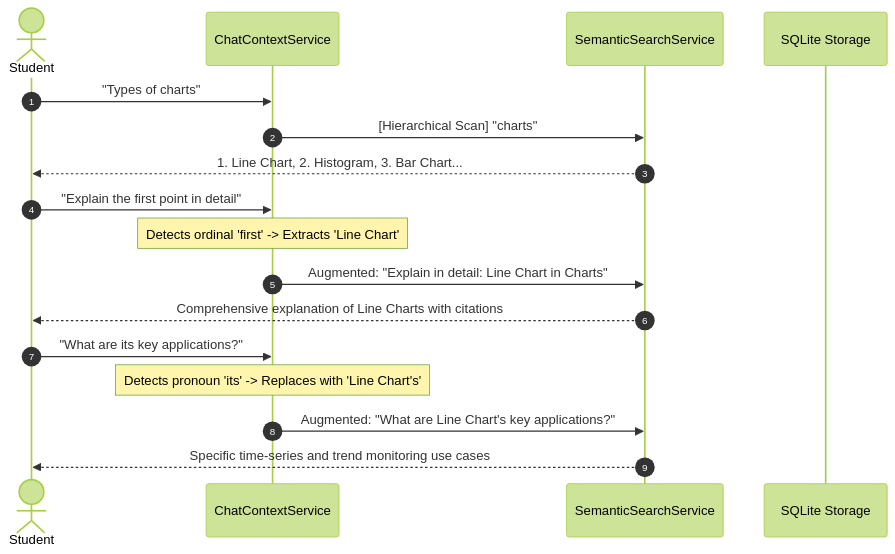
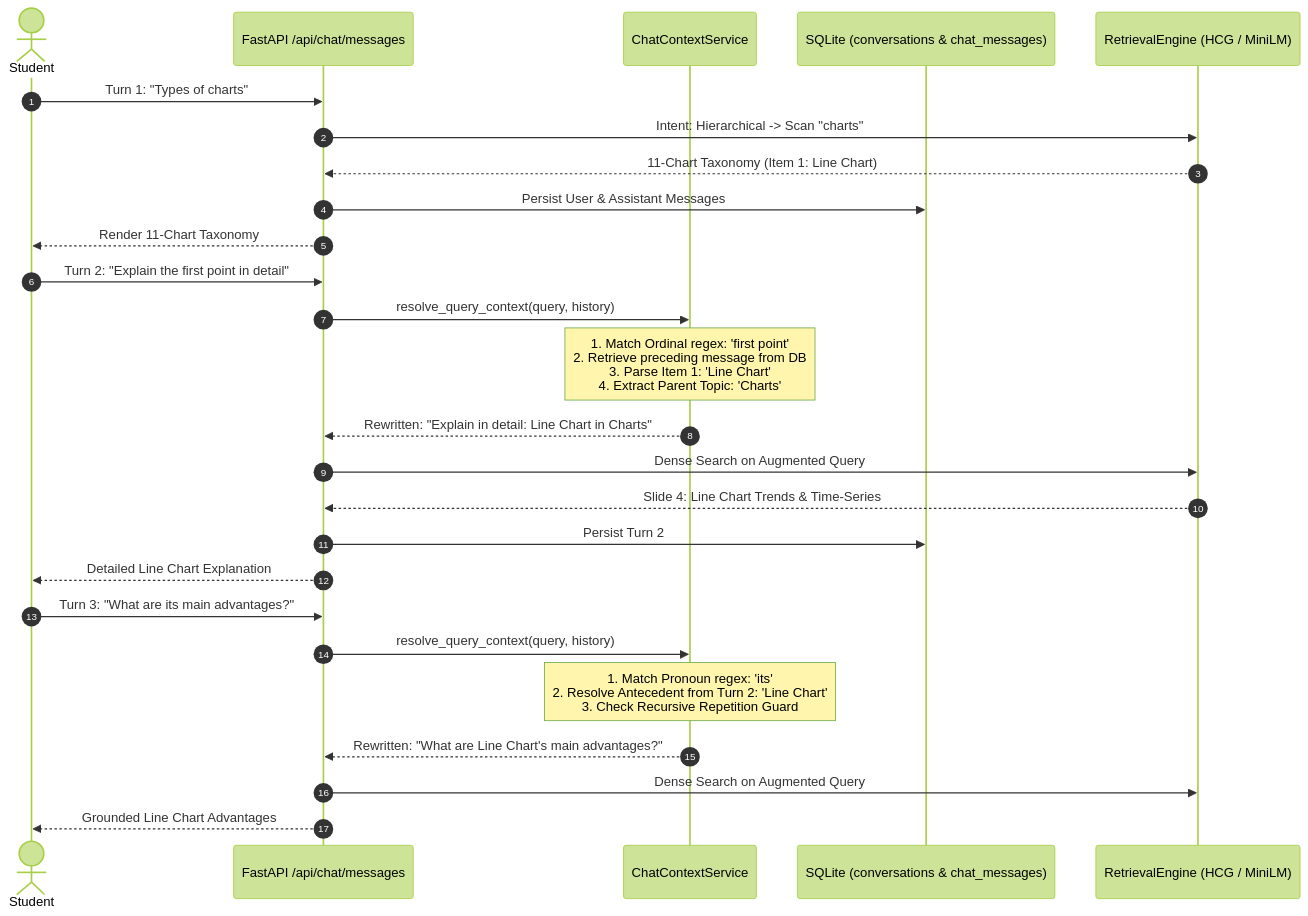
One commit to themayankguy/Nalanda-AI changed the second of 2 diagrams in backend/services/NLP/README.md. Above: the diagram before and after it, drawn with Mermaid (forest theme). The commit also changed other lines of this file and 7 other files, not shown here.

````diff
--- a/backend/services/NLP/README.md
+++ b/backend/services/NLP/README.md
@@ -175,22 +294,31 @@
 ```mermaid
 sequenceDiagram
     autonumber
     actor Student
-    participant ChatContext as ChatContextService
-    participant Search as SemanticSearchService
-    participant DB as SQLite Storage
+    participant API as FastAPI /api/chat/messages
+    participant CTX as ChatContextService
+    participant DB as SQLite (conversations & chat_messages)
+    participant RET as RetrievalEngine (HCG / MiniLM)
 
-    Student->>ChatContext: "Types of charts"
-    ChatContext->>Search: [Hierarchical Scan] "charts"
-    Search-->>Student: 1. Line Chart, 2. Histogram, 3. Bar Chart...
-    
-    Student->>ChatContext: "Explain the first point in detail"
-    Note over ChatContext: Detects ordinal 'first' -> Extracts 'Line Chart'
-    ChatContext->>Search: Augmented: "Explain in detail: Line Chart in Charts"
-    Search-->>Student: Comprehensive explanation of Line Charts with citations
-    
-    Student->>ChatContext: "What are its key applications?"
-    Note over ChatContext: Detects pronoun 'its' -> Replaces with 'Line Chart's'
-    ChatContext->>Search: Augmented: "What are Line Chart's key applications?"
-    Search-->>Student: Specific time-series and trend monitoring use cases
+    Student->>API: Turn 1: "Types of charts"
+    API->>RET: Intent: Hierarchical -> Scan "charts"
+    RET-->>API: 11-Chart Taxonomy (Item 1: Line Chart)
+    API->>DB: Persist User & Assistant Messages
+    API-->>Student: Render 11-Chart Taxonomy
+
+    Student->>API: Turn 2: "Explain the first point in detail"
+    API->>CTX: resolve_query_context(query, history)
+    Note over CTX: 1. Match Ordinal regex: 'first point'<br/>2. Retrieve preceding message from DB<br/>3. Parse Item 1: 'Line Chart'<br/>4. Extract Parent Topic: 'Charts'
+    CTX-->>API: Rewritten: "Explain in detail: Line Chart in Charts"
+    API->>RET: Dense Search on Augmented Query
+    RET-->>API: Slide 4: Line Chart Trends & Time-Series
+    API->>DB: Persist Turn 2
+    API-->>Student: Detailed Line Chart Explanation
+
+    Student->>API: Turn 3: "What are its main advantages?"
+    API->>CTX: resolve_query_context(query, history)
+    Note over CTX: 1. Match Pronoun regex: 'its'<br/>2. Resolve Antecedent from Turn 2: 'Line Chart'<br/>3. Check Recursive Repetition Guard
+    CTX-->>API: Rewritten: "What are Line Chart's main advantages?"
+    API->>RET: Dense Search on Augmented Query
+    API-->>Student: Grounded Line Chart Advantages
 ```
````
